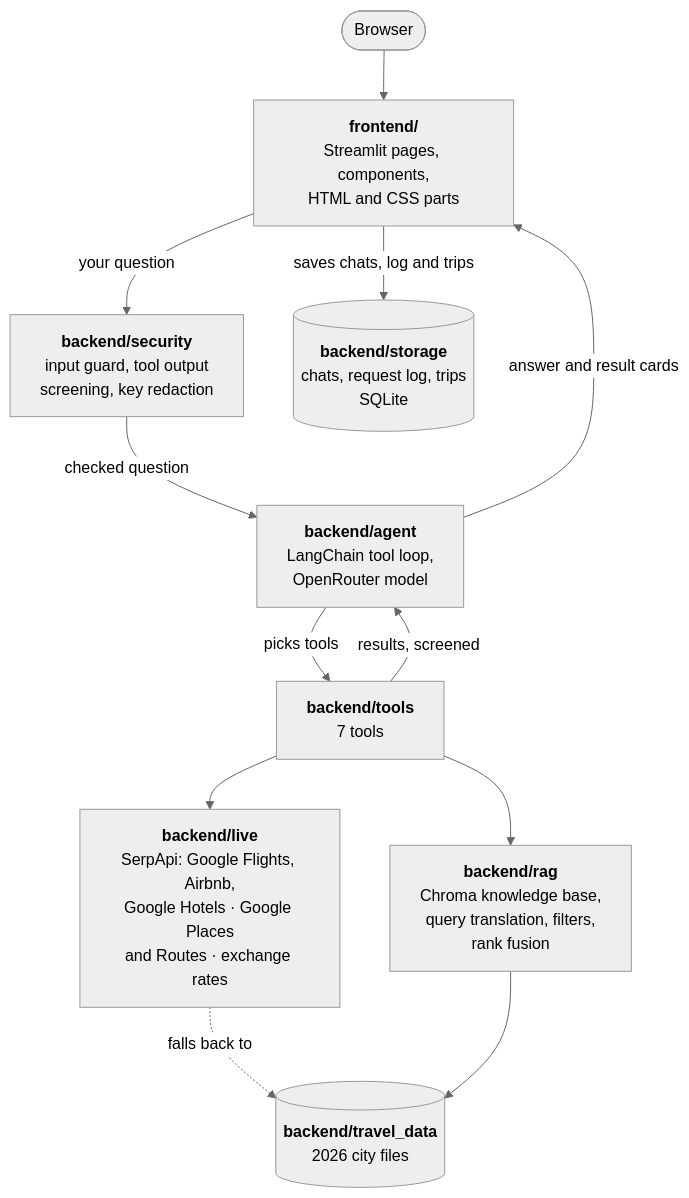
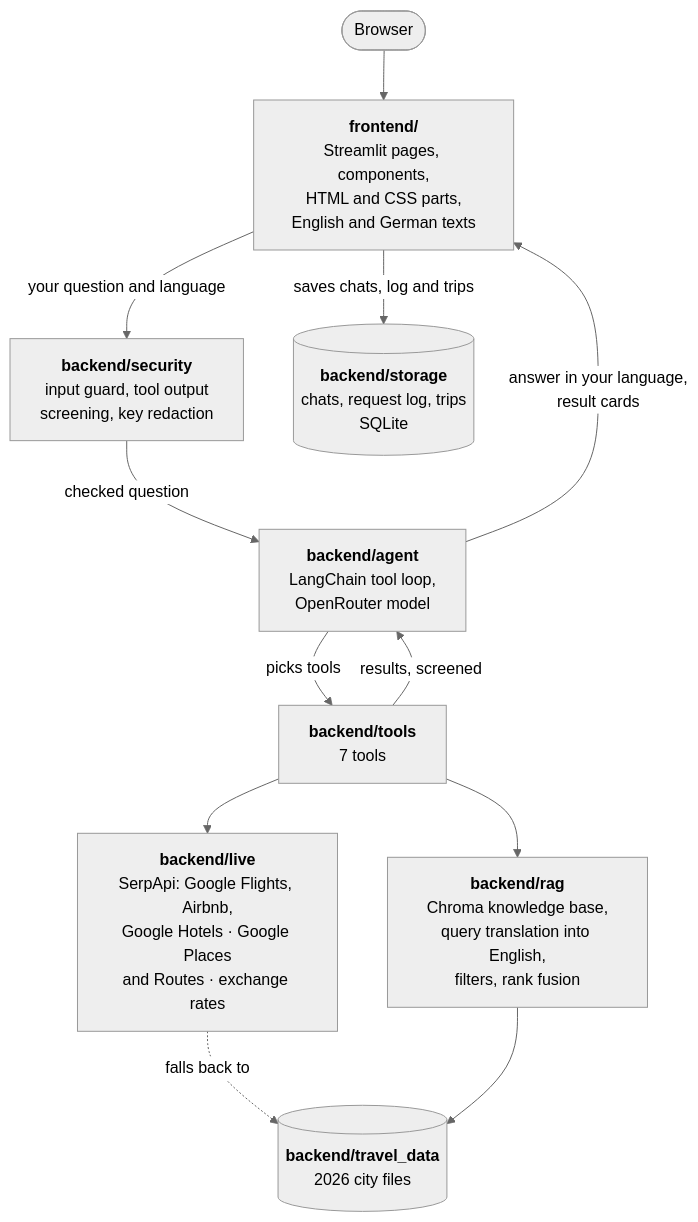
The diagram in README.md (Anusha-3109/Travel-planner-bot), drawn with Mermaid (neutral theme) before and after one commit. The commit also changed other lines of this file and 12 other files, not shown here.

Commit message:
Step 54: English and German language support, README and reflection

````diff
--- a/README.md
+++ b/README.md
@@ -52,14 +54,14 @@
 ```mermaid
 flowchart TD
-    U([Browser]) --> F["<b>frontend/</b><br/>Streamlit pages, components,<br/>HTML and CSS parts"]
-    F -->|"your question"| SEC["<b>backend/security</b><br/>input guard, tool output<br/>screening, key redaction"]
+    U([Browser]) --> F["<b>frontend/</b><br/>Streamlit pages, components,<br/>HTML and CSS parts,<br/>English and German texts"]
+    F -->|"your question and language"| SEC["<b>backend/security</b><br/>input guard, tool output<br/>screening, key redaction"]
     SEC -->|"checked question"| A["<b>backend/agent</b><br/>LangChain tool loop,<br/>OpenRouter model"]
-    A -->|"answer and result cards"| F
+    A -->|"answer in your language,<br/>result cards"| F
     F -->|"saves chats, log and trips"| S[("<b>backend/storage</b><br/>chats, request log, trips<br/>SQLite")]
     A -->|"picks tools"| T["<b>backend/tools</b><br/>7 tools"]
-    T --> R["<b>backend/rag</b><br/>Chroma knowledge base,<br/>query translation, filters,<br/>rank fusion"]
+    T --> R["<b>backend/rag</b><br/>Chroma knowledge base,<br/>query translation into English,<br/>filters, rank fusion"]
     T --> L["<b>backend/live</b><br/>SerpApi: Google Flights, Airbnb,<br/>Google Hotels · Google Places<br/>and Routes · exchange rates"]
     L -.->|"falls back to"| D[("<b>backend/travel_data</b><br/>2026 city files")]
     R --> D
     T -->|"results, screened"| A
 ```
````
